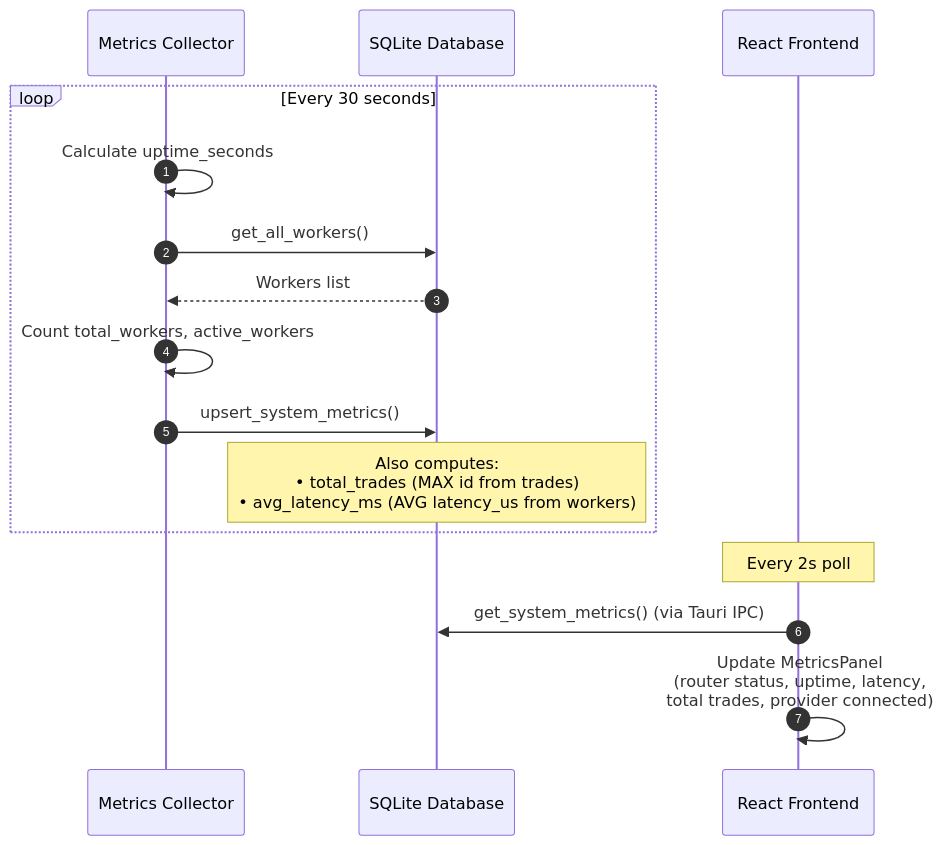
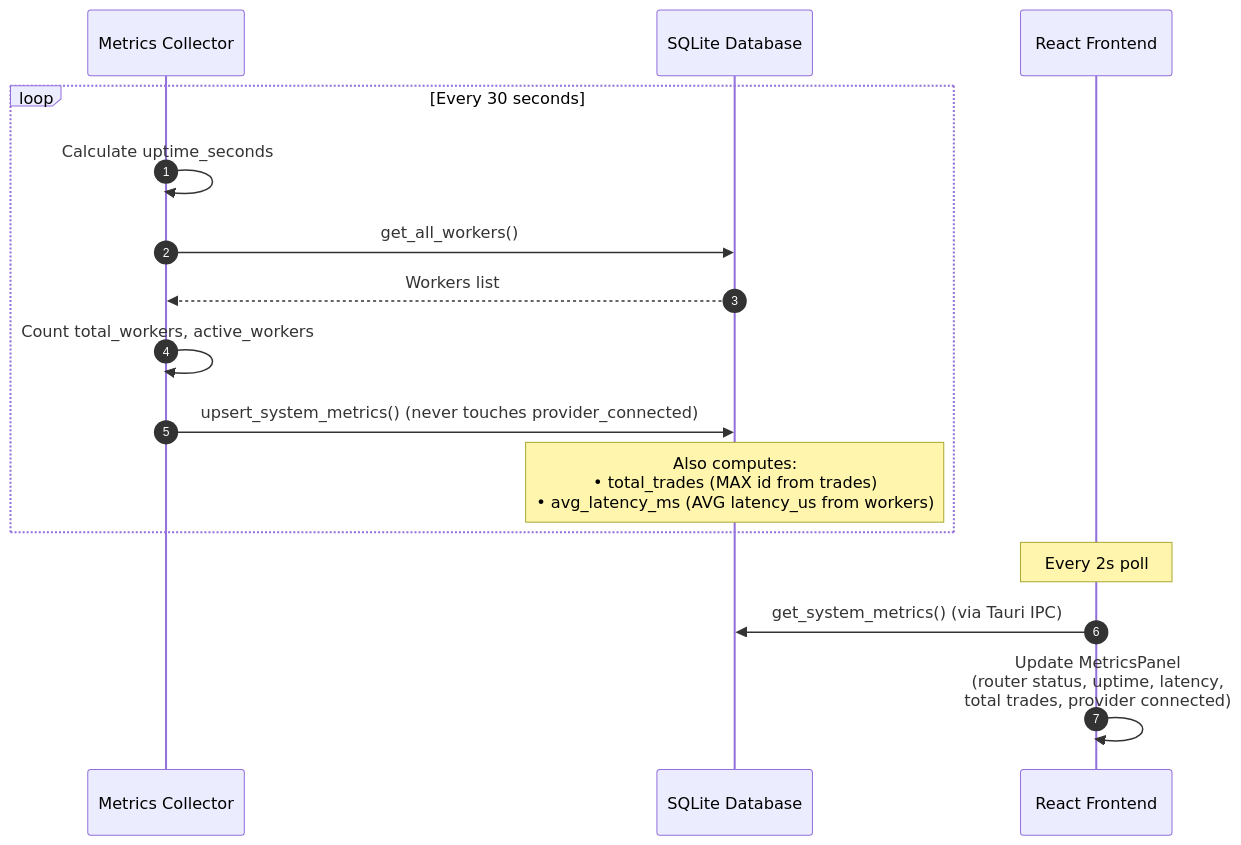
One commit to rickintveld/trade-copier changed diagram 11 of 19 in docs/sequence-diagram.md. Above: the diagram before and after it, drawn with Mermaid. The commit also changed other lines of this file and 11 other files, not shown here.

First line of the commit message:
fix(backend): keep provider_connected accurate and fix clippy on macOS/Windows

````diff
--- a/docs/sequence-diagram.md
+++ b/docs/sequence-diagram.md
@@ -466,20 +466,20 @@
 ```mermaid
 sequenceDiagram
     autonumber
     participant Metrics as Metrics Collector
     participant DB as SQLite Database
     participant UI as React Frontend
 
     loop Every 30 seconds
         Metrics->>Metrics: Calculate uptime_seconds
         Metrics->>DB: get_all_workers()
         DB-->>Metrics: Workers list
         Metrics->>Metrics: Count total_workers, active_workers
-        Metrics->>DB: upsert_system_metrics()
+        Metrics->>DB: upsert_system_metrics() (never touches provider_connected)
         Note over DB: Also computes:<br/>• total_trades (MAX id from trades)<br/>• avg_latency_ms (AVG latency_us from workers)
     end
 
     Note over UI: Every 2s poll
     UI->>DB: get_system_metrics() (via Tauri IPC)
     UI->>UI: Update MetricsPanel<br/>(router status, uptime, latency,<br/>total trades, provider connected)
 ```
````
